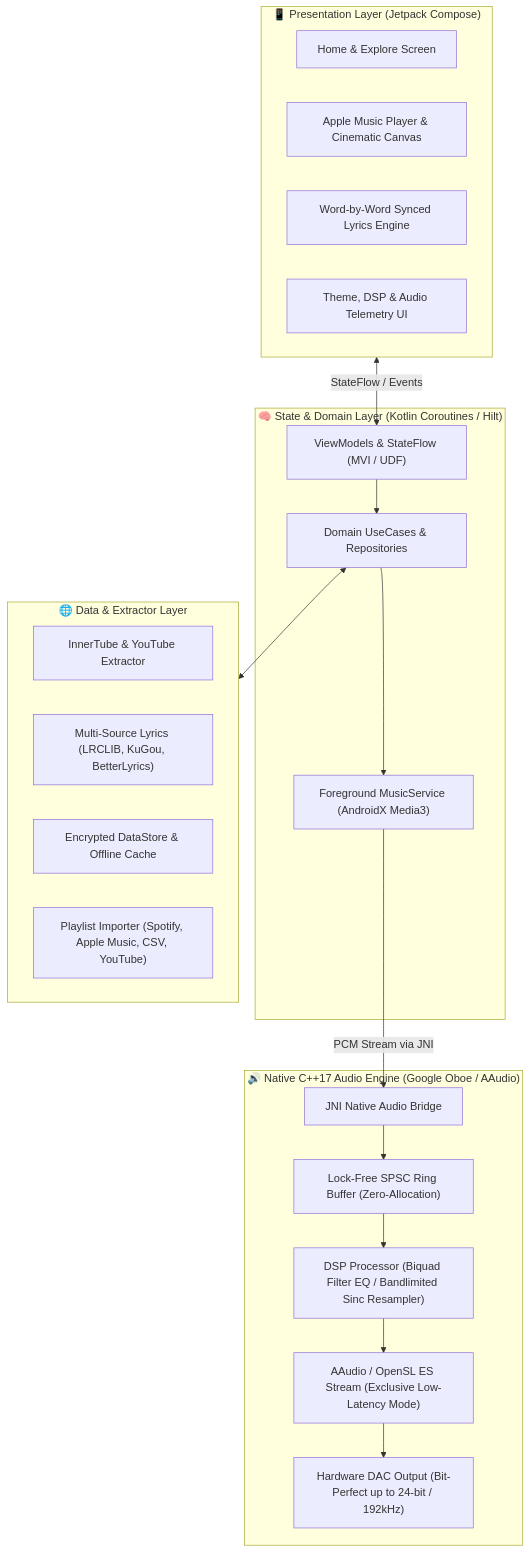
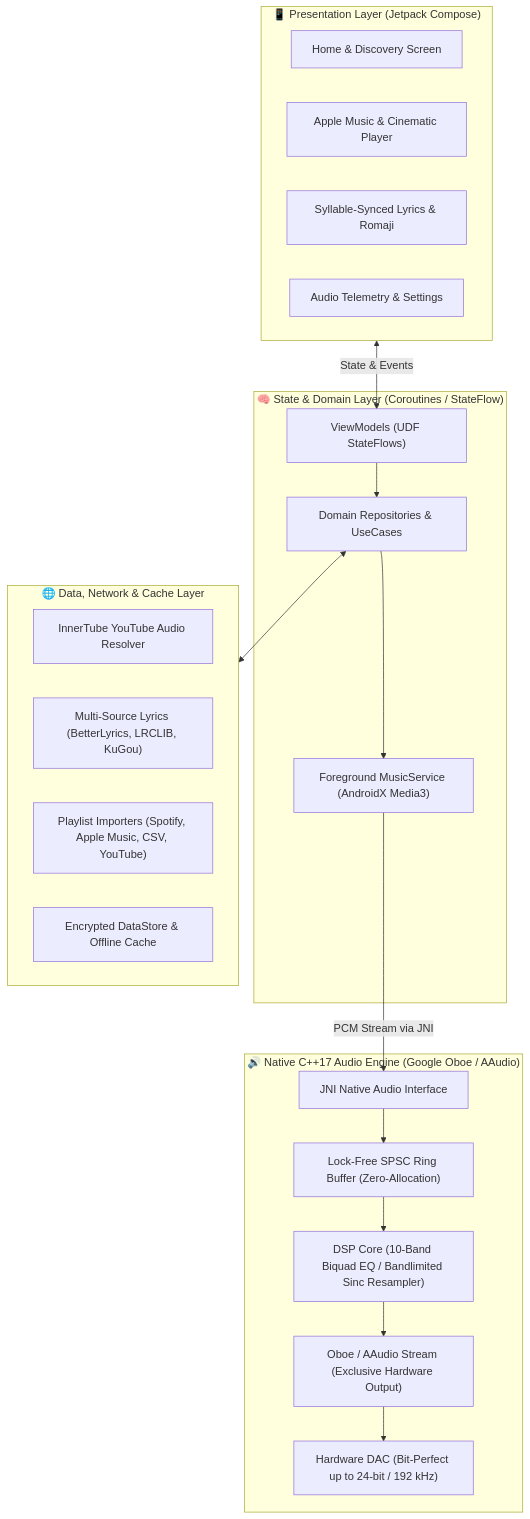
One commit to mudassir131-dev/nocturne changed the diagram in README.md. Above: the diagram before and after it, drawn with Mermaid. The commit also changed other lines of this file, not shown here.

Commit message:
docs: align README structure bit-by-bit with ArchiveTune while preserving Nocturne architecture, assets, and contributor spotlight

````diff
--- a/README.md
+++ b/README.md
@@ -50,40 +89,40 @@
 ```mermaid
 graph TD
-    subgraph UI_Presentation ["📱 Presentation Layer (Jetpack Compose)"]
-        UI_Home["Home & Explore Screen"]
-        UI_Player["Apple Music Player & Cinematic Canvas"]
-        UI_Lyrics["Word-by-Word Synced Lyrics Engine"]
-        UI_Settings["Theme, DSP & Audio Telemetry UI"]
+    subgraph UI_Layer ["📱 Presentation Layer (Jetpack Compose)"]
+        UI_Home["Home & Discovery Screen"]
+        UI_Player["Apple Music & Cinematic Player"]
+        UI_Lyrics["Syllable-Synced Lyrics & Romaji"]
+        UI_Settings["Audio Telemetry & Settings"]
     end
 
-    subgraph State_Domain ["🧠 State & Domain Layer (Kotlin Coroutines / Hilt)"]
-        VM["ViewModels & StateFlow (MVI / UDF)"]
-        UseCase["Domain UseCases & Repositories"]
-        AudioService["Foreground MusicService (AndroidX Media3)"]
+    subgraph State_Layer ["🧠 State & Domain Layer (Coroutines / StateFlow)"]
+        VM["ViewModels (UDF StateFlows)"]
+        Domain["Domain Repositories & UseCases"]
+        Service["Foreground MusicService (AndroidX Media3)"]
     end
 
-    subgraph Audio_Pipeline ["🔊 Native C++17 Audio Engine (Google Oboe / AAudio)"]
-        JNI["JNI Native Audio Bridge"]
-        RingBuffer["Lock-Free SPSC Ring Buffer (Zero-Allocation)"]
-        DSP["DSP Processor (Biquad Filter EQ / Bandlimited Sinc Resampler)"]
-        AAudio["AAudio / OpenSL ES Stream (Exclusive Low-Latency Mode)"]
-        DAC["Hardware DAC Output (Bit-Perfect up to 24-bit / 192kHz)"]
+    subgraph Native_Audio ["🔊 Native C++17 Audio Engine (Google Oboe / AAudio)"]
+        JNI["JNI Native Audio Interface"]
+        RingBuf["Lock-Free SPSC Ring Buffer (Zero-Allocation)"]
+        DSP["DSP Core (10-Band Biquad EQ / Bandlimited Sinc Resampler)"]
+        Oboe["Oboe / AAudio Stream (Exclusive Hardware Output)"]
+        DAC["Hardware DAC (Bit-Perfect up to 24-bit / 192 kHz)"]
     end
 
-    subgraph Data_Network ["🌐 Data & Extractor Layer"]
-        YT["InnerTube & YouTube Extractor"]
-        LyricsProvider["Multi-Source Lyrics (LRCLIB, KuGou, BetterLyrics)"]
-        LocalCache["Encrypted DataStore & Offline Cache"]
-        Importer["Playlist Importer (Spotify, Apple Music, CSV, YouTube)"]
+    subgraph Data_Layer ["🌐 Data, Network & Cache Layer"]
+        YT["InnerTube YouTube Audio Resolver"]
+        Lyrics["Multi-Source Lyrics (BetterLyrics, LRCLIB, KuGou)"]
+        Importer["Playlist Importers (Spotify, Apple Music, CSV, YouTube)"]
+        DataStore["Encrypted DataStore & Offline Cache"]
     end
 
-    UI_Presentation <-->|StateFlow / Events| VM
-    VM --> UseCase
-    UseCase --> AudioService
-    AudioService -->|PCM Stream via JNI| JNI
-    JNI --> RingBuffer
-    RingBuffer --> DSP
-    DSP --> AAudio
-    AAudio --> DAC
-    UseCase <--> Data_Network
+    UI_Layer <-->|State & Events| VM
+    VM --> Domain
+    Domain --> Service
+    Service -->|PCM Stream via JNI| JNI
+    JNI --> RingBuf
+    RingBuf --> DSP
+    DSP --> Oboe
+    Oboe --> DAC
+    Domain <--> Data_Layer
 ```
````
